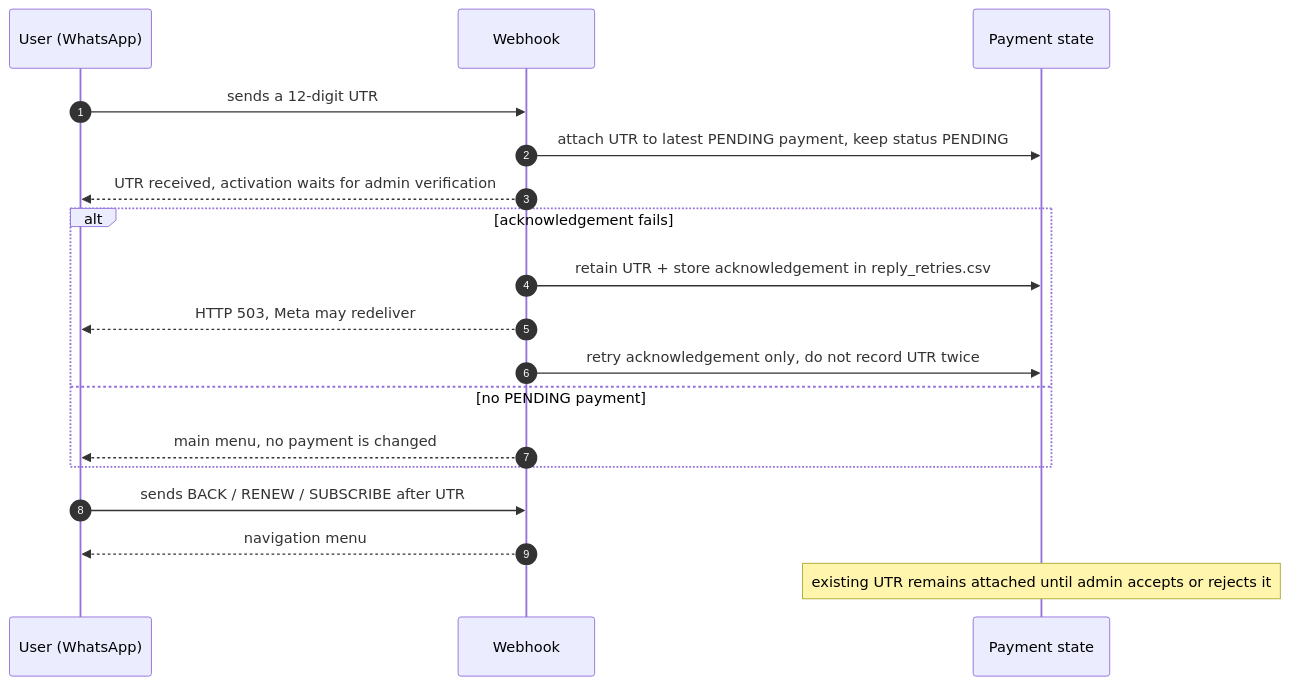
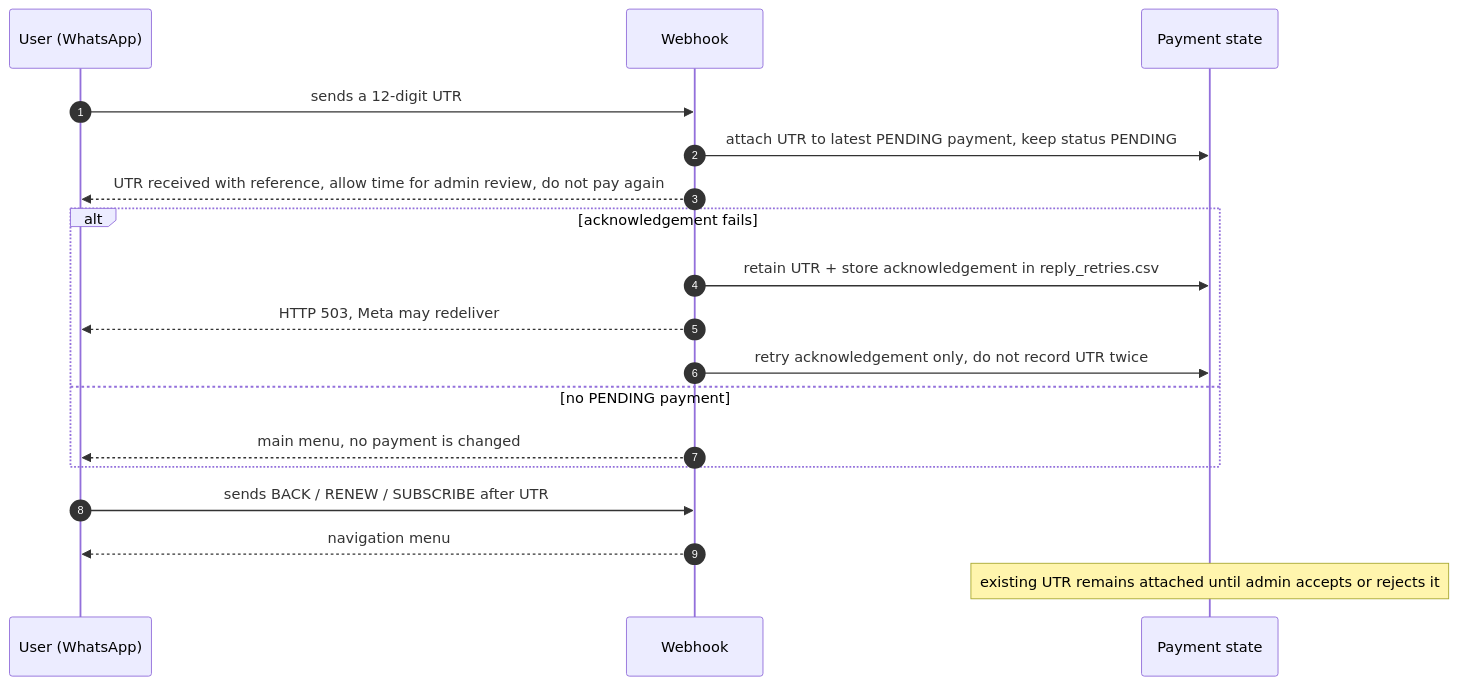
Before and after one commit to mishnit/daily-darshan: the fifth of 10 diagrams in sequence-diagrams.md, drawn with Mermaid. The commit also changed other lines of this file and 6 other files, not shown here.

````diff
--- a/sequence-diagrams.md
+++ b/sequence-diagrams.md
@@ -244,22 +245,22 @@
 ```mermaid
 sequenceDiagram
     autonumber
     participant User as User (WhatsApp)
     participant Web as Webhook
     participant State as Payment state
 
     User->>Web: sends a 12-digit UTR
     Web->>State: attach UTR to latest PENDING payment, keep status PENDING
-    Web-->>User: UTR received, activation waits for admin verification
+    Web-->>User: UTR received with reference, allow time for admin review, do not pay again
     alt acknowledgement fails
         Web->>State: retain UTR + store acknowledgement in reply_retries.csv
         Web-->>User: HTTP 503, Meta may redeliver
         Web->>State: retry acknowledgement only, do not record UTR twice
     else no PENDING payment
         Web-->>User: main menu, no payment is changed
     end
 
     User->>Web: sends BACK / RENEW / SUBSCRIBE after UTR
     Web-->>User: navigation menu
     Note over State: existing UTR remains attached until admin accepts or rejects it
 ```
````
